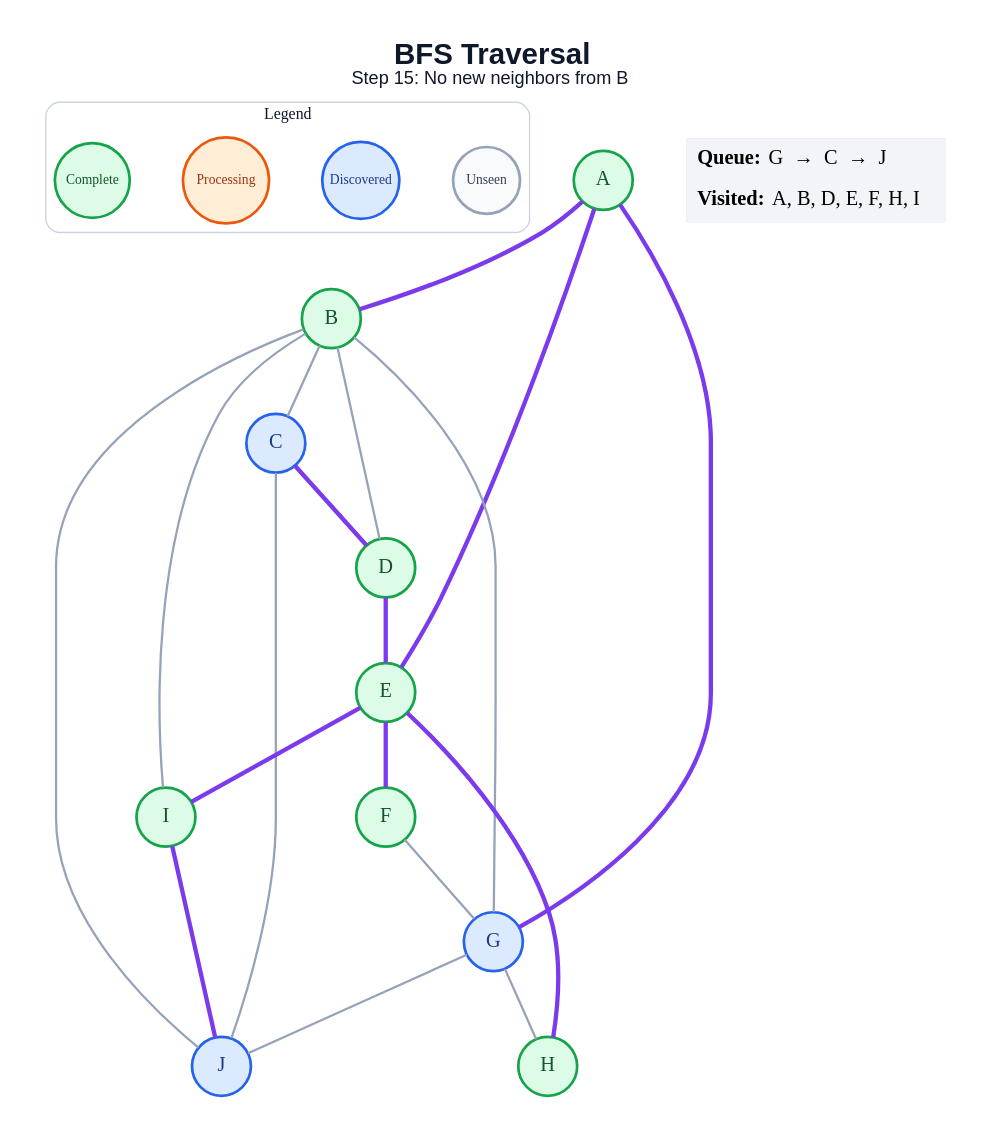
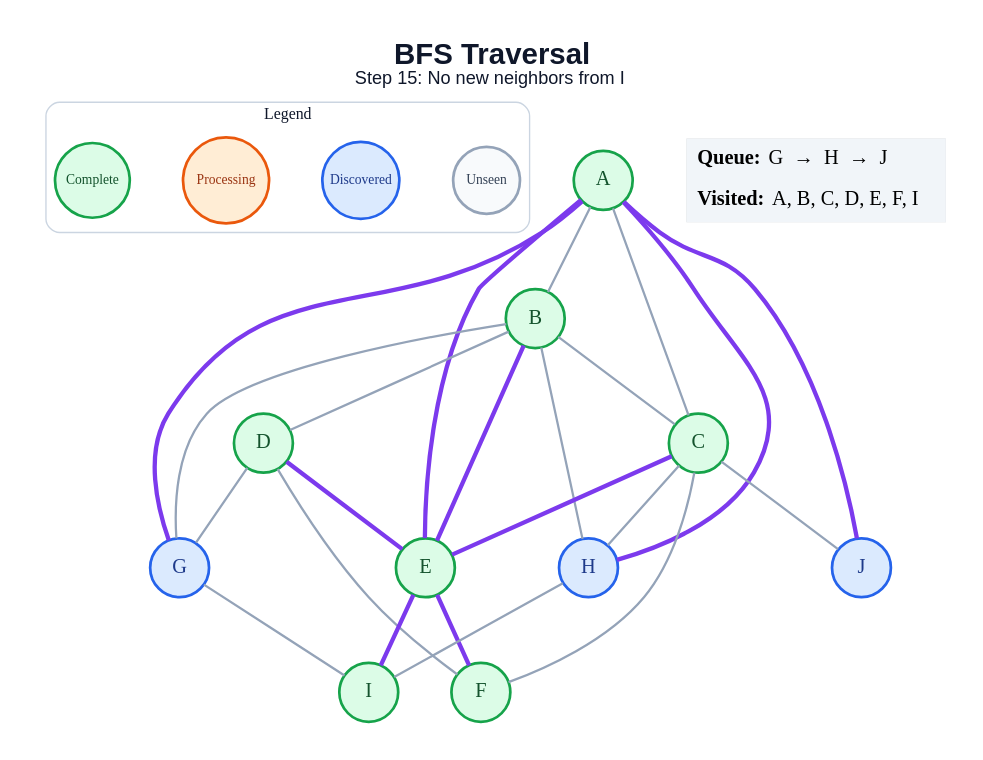
The diagram in generated/specific-node/bfs/step_15.dot (anon7238593-create/ai-slop), drawn with Graphviz before and after one commit. The commit also changed 179 other files, not shown here.

```diff
--- a/generated/specific-node/bfs/step_15.dot
+++ b/generated/specific-node/bfs/step_15.dot
@@ -1,47 +1,51 @@
 graph traversal {
   graph [layout=dot, rankdir=TB, bgcolor="#FFFFFF", pad="0.35", nodesep="0.65", ranksep="0.8", fontname="Arial"];
   node [shape=circle, style="filled", fontname="Arial Bold", fontsize=18, width=0.72, fixedsize=true, penwidth=2.4];
   edge [color="#94A3B8", penwidth=2.0];
-  label=<<B>BFS Traversal</B><BR/><FONT POINT-SIZE="16">Step 15: No new neighbors from B</FONT>>; labelloc="t"; fontsize=26; fontname="Arial"; fontcolor="#0F172A";
+  label=<<B>BFS Traversal</B><BR/><FONT POINT-SIZE="16">Step 15: No new neighbors from I</FONT>>; labelloc="t"; fontsize=26; fontname="Arial"; fontcolor="#0F172A";
   subgraph cluster_legend { label="Legend"; color="#CBD5E1"; penwidth=1.2; style="rounded"; fontsize=14; fontname="Arial Bold";
     key_unseen [label="Unseen", fillcolor="#F8FAFC", color="#94A3B8", fontcolor="#334155", fontsize=12, width=0.82];
     key_frontier [label="Discovered", fillcolor="#DBEAFE", color="#2563EB", fontcolor="#1E3A8A", fontsize=12, width=0.95];
     key_current [label="Processing", fillcolor="#FFEDD5", color="#EA580C", fontcolor="#9A3412", fontsize=12, width=1.05];
     key_done [label="Complete", fillcolor="#DCFCE7", color="#16A34A", fontcolor="#14532D", fontsize=12, width=0.92];
     { rank=same; key_unseen; key_frontier; key_current; key_done; }
   }
   A [fillcolor="#DCFCE7", color="#16A34A", fontcolor="#14532D"];
   B [fillcolor="#DCFCE7", color="#16A34A", fontcolor="#14532D"];
-  C [fillcolor="#DBEAFE", color="#2563EB", fontcolor="#1E3A8A"];
+  C [fillcolor="#DCFCE7", color="#16A34A", fontcolor="#14532D"];
   D [fillcolor="#DCFCE7", color="#16A34A", fontcolor="#14532D"];
   E [fillcolor="#DCFCE7", color="#16A34A", fontcolor="#14532D"];
   F [fillcolor="#DCFCE7", color="#16A34A", fontcolor="#14532D"];
   G [fillcolor="#DBEAFE", color="#2563EB", fontcolor="#1E3A8A"];
-  H [fillcolor="#DCFCE7", color="#16A34A", fontcolor="#14532D"];
+  H [fillcolor="#DBEAFE", color="#2563EB", fontcolor="#1E3A8A"];
   I [fillcolor="#DCFCE7", color="#16A34A", fontcolor="#14532D"];
   J [fillcolor="#DBEAFE", color="#2563EB", fontcolor="#1E3A8A"];
-  A -- B [color="#7C3AED", penwidth=3.8];
+  A -- B;
+  A -- C;
   A -- E [color="#7C3AED", penwidth=3.8];
   A -- G [color="#7C3AED", penwidth=3.8];
+  A -- H [color="#7C3AED", penwidth=3.8];
+  A -- J [color="#7C3AED", penwidth=3.8];
   B -- C;
   B -- D;
+  B -- E [color="#7C3AED", penwidth=3.8];
   B -- G;
-  B -- I;
-  B -- J;
-  C -- D [color="#7C3AED", penwidth=3.8];
+  B -- H;
+  C -- E [color="#7C3AED", penwidth=3.8];
+  C -- F;
+  C -- H;
   C -- J;
   D -- E [color="#7C3AED", penwidth=3.8];
+  D -- F;
+  D -- G;
   E -- F [color="#7C3AED", penwidth=3.8];
-  E -- H [color="#7C3AED", penwidth=3.8];
   E -- I [color="#7C3AED", penwidth=3.8];
-  F -- G;
-  G -- H;
-  G -- J;
-  I -- J [color="#7C3AED", penwidth=3.8];
+  G -- I;
+  H -- I;
   status [shape=plain, fixedsize=false, width=0, height=0, margin=0, label=<
     <TABLE BORDER="0" CELLBORDER="0" CELLPADDING="7" BGCOLOR="#F1F5F9">
-      <TR><TD ALIGN="LEFT"><B>Queue:</B> G  →  C  →  J</TD></TR>
-      <TR><TD ALIGN="LEFT"><B>Visited:</B> A, B, D, E, F, H, I</TD></TR>
+      <TR><TD ALIGN="LEFT"><B>Queue:</B> G  →  H  →  J</TD></TR>
+      <TR><TD ALIGN="LEFT"><B>Visited:</B> A, B, C, D, E, F, I</TD></TR>
     </TABLE>
   >];
 }
```
